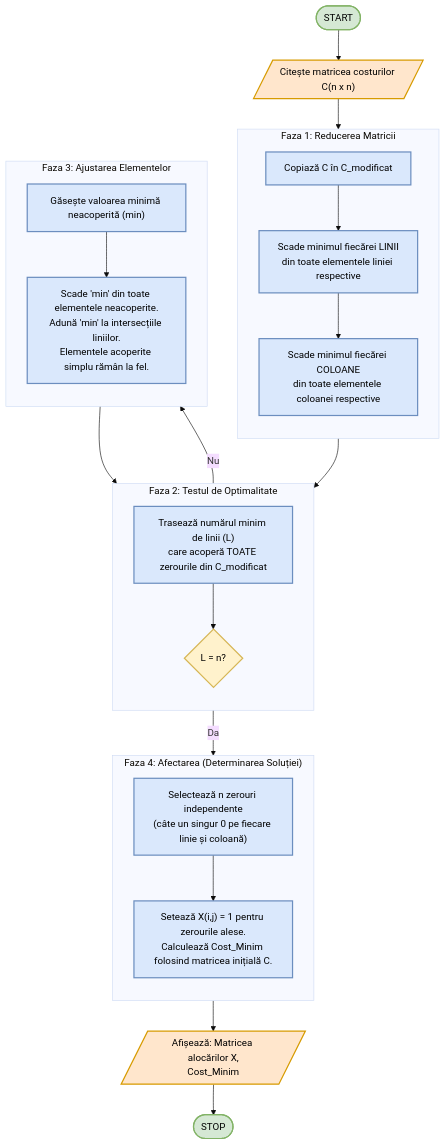
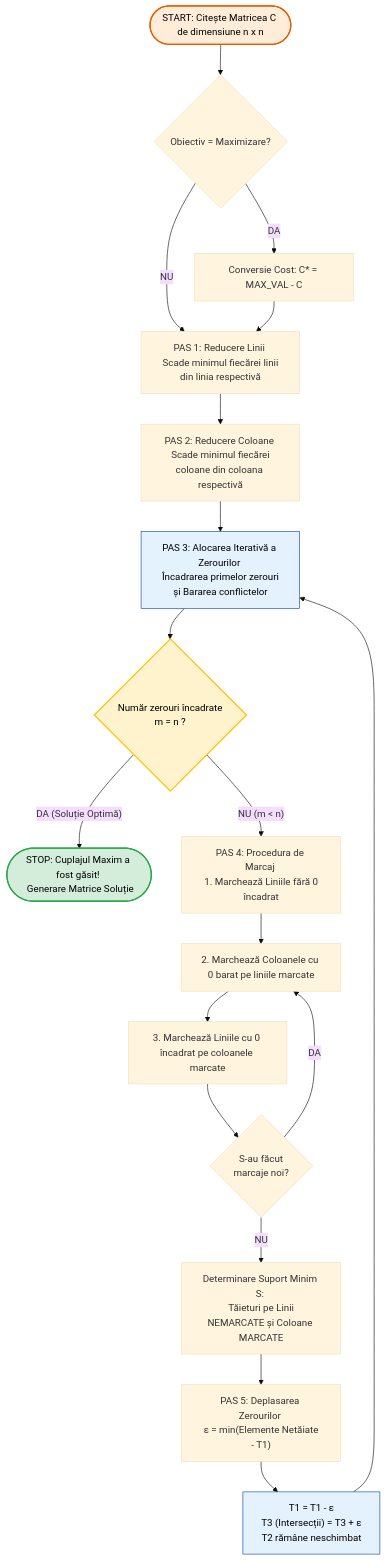
The second of 2 diagrams in schema_logica.md (dariailiescu15/Graph-Theory), drawn with Mermaid (base theme) before and after one commit.

Commit message:
Update flowchart for Ungar's Algorithm

````diff
--- a/schema_logica.md
+++ b/schema_logica.md
@@ -50,45 +50,36 @@
 ```mermaid
-flowchart TD
-    %% Stilizare generală
-    classDef startend fill:#d5e8d4,stroke:#82b366,stroke-width:2px,color:#000
-    classDef io fill:#ffe6cc,stroke:#d79b00,stroke-width:2px,color:#000
-    classDef process fill:#dae8fc,stroke:#6c8ebf,stroke-width:2px,color:#000
-    classDef decision fill:#fff2cc,stroke:#d6b656,stroke-width:2px,color:#000
-
-    %% START / INTRARE DATE
-    Start(["START"]):::startend --> Inp[/"Citește matricea costurilor C(n x n)"/]:::io
-    Inp --> Init["Copiază C în C_modificat"]:::process
-
-    %% ================= FAZA 1 =================
-    subgraph Faza_1 ["Faza 1: Reducerea Matricii"]
-        direction TB
-        Init --> Lin["Scade minimul fiecărei LINII<br>din toate elementele liniei respective"]:::process
-        Lin --> Col["Scade minimul fiecărei COLOANE<br>din toate elementele coloanei respective"]:::process
-    end
-
-    %% ================= FAZA 2 =================
-    subgraph Faza_2["Faza 2: Testul de Optimalitate"]
-        direction TB
-        Col --> Lines["Trasează numărul minim de linii (L)<br>care acoperă TOATE zerourile din C_modificat"]:::process
-        Lines --> CheckL{"L = n?"}:::decision
-    end
-
-    %% ================= FAZA 3 =================
-    subgraph Faza_3 ["Faza 3: Ajustarea Elementelor"]
-        direction TB
-        CheckL -->|Nu| MinUnc["Găsește valoarea minimă neacoperită (min)"]:::process
-        MinUnc --> Adj["Scade 'min' din toate elementele neacoperite.<br>Adună 'min' la intersecțiile liniilor.<br>Elementele acoperite simplu rămân la fel."]:::process
-        Adj --> Lines
-    end
-
-    %% ================= FAZA 4 =================
-    subgraph Faza_4 ["Faza 4: Afectarea (Determinarea Soluției)"]
-        direction TB
-        CheckL -->|Da| Assign["Selectează n zerouri independente<br>(câte un singur 0 pe fiecare linie și coloană)"]:::process
-        Assign --> CalcCost["Setează X(i,j) = 1 pentru zerourile alese.<br>Calculează Cost_Minim folosind matricea inițială C."]:::process
-    end
-
-    %% IEȘIRE DATE / STOP
-    CalcCost --> Outp[/"Afișează: Matricea alocărilor X,<br>Cost_Minim"/]:::io
-    Outp --> End(["STOP"]):::startend
+graph TD
+    A(["START: Citește Matricea C de dimensiune n x n"]) --> B{"Obiectiv = Maximizare?"}
+    
+    B -- DA --> C["Conversie Cost: C* = MAX_VAL - C"]
+    B -- NU --> D["PAS 1: Reducere Linii <br> Scade minimul fiecărei linii din linia respectivă"]
+    
+    C --> D
+    D --> E["PAS 2: Reducere Coloane <br> Scade minimul fiecărei coloane din coloana respectivă"]
+    
+    E --> F["PAS 3: Alocarea Iterativă a Zerourilor <br> Încadrarea primelor zerouri și Bararea conflictelor"]
+    
+    F --> G{"Număr zerouri încadrate <br> m = n ?"}
+    
+    G -- "DA (Soluție Optimă)" --> H(["STOP: Cuplajul Maxim a fost găsit! <br> Generare Matrice Soluție"])
+    
+    G -- "NU (m < n)" --> I["PAS 4: Procedura de Marcaj <br> 1. Marchează Liniile fără 0 încadrat"]
+    I --> J["2. Marchează Coloanele cu 0 barat pe liniile marcate"]
+    J --> K["3. Marchează Liniile cu 0 încadrat pe coloanele marcate"]
+    
+    K --> L{"S-au făcut <br> marcaje noi?"}
+    L -- DA --> J
+    L -- NU --> M["Determinare Suport Minim S: <br> Tăieturi pe Linii NEMARCATE și Coloane MARCATE"]
+    
+    M --> N["PAS 5: Deplasarea Zerourilor <br> ε = min(Elemente Netăiate - T1)"]
+    
+    N --> O["T1 = T1 - ε <br> T3 (Intersecții) = T3 + ε <br> T2 rămâne neschimbat"]
+    
+    O --> F
+    
+    style A fill:#ffecd9,stroke:#e65c00,stroke-width:2px,color:#000
+    style H fill:#d4edda,stroke:#28a745,stroke-width:2px,color:#000
+    style G fill:#fff3cd,stroke:#ffc107,stroke-width:2px,color:#000
+    style F fill:#e3f2fd,stroke:#0d47a1,stroke-width:1px,color:#000
+    style O fill:#e3f2fd,stroke:#0d47a1,stroke-width:1px,color:#000
 ```
````
